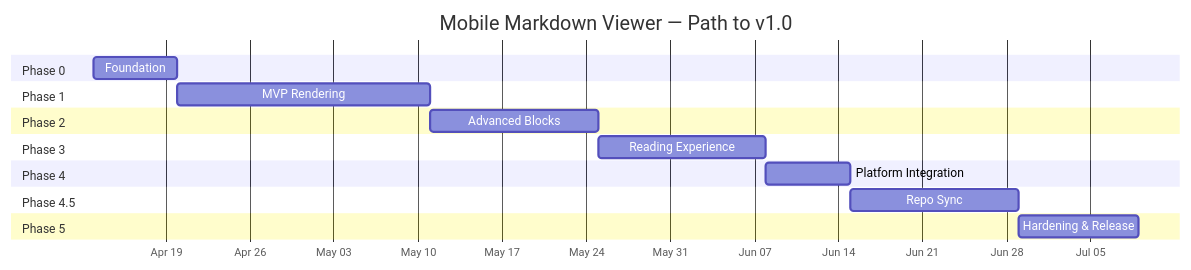
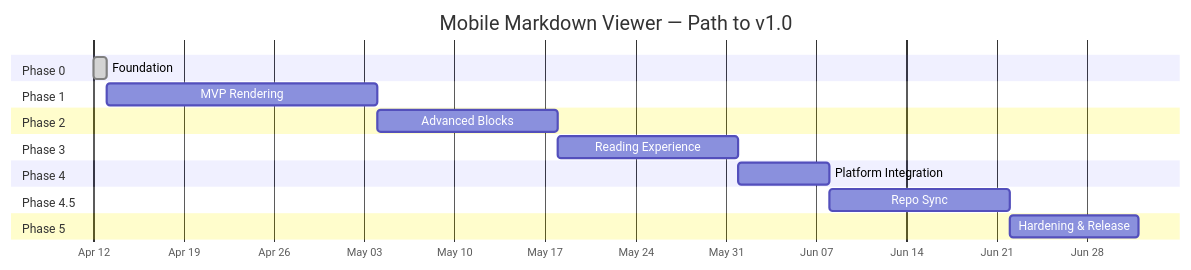
One commit to cemililik/markdown-viewer-mobile changed the diagram in docs/roadmap.md. Above: the diagram before and after it, drawn with Mermaid. The commit also changed 1 other file, not shown here.

Commit message:
docs: clarify pre-commit hook scope and align roadmap Phase 0 with Gantt
Two small doc fixes from the PR review:

- CONTRIBUTING.md: the pre-commit section previously said the hook runs
  "on your staged changes", which glossed over the fact that
  \`flutter analyze\` runs project-wide and can fail because of
  unrelated pre-existing analyzer issues in files the contributor did
  not touch. The new wording calls out which checks are staged-only
  (dart format, ARB parity) versus project-wide (flutter analyze) so
  contributors know not to assume staged-only behaviour.
- docs/roadmap.md: the Phase 0 status line said "Completed 2026-04-12"
  while the Gantt chart started Phase 0 at 2026-04-13. Gantt now
  reflects the same 2026-04-12 start and the phase is marked as done
  so the two representations agree.

````diff
--- a/docs/roadmap.md
+++ b/docs/roadmap.md
@@ -8,27 +8,27 @@
 ```mermaid
 gantt
     title Mobile Markdown Viewer — Path to v1.0
     dateFormat  YYYY-MM-DD
     axisFormat  %b %d
 
     section Phase 0
-    Foundation             :p0, 2026-04-13, 7d
+    Foundation             :done, p0, 2026-04-12, 1d
 
     section Phase 1
     MVP Rendering          :p1, after p0, 21d
 
     section Phase 2
     Advanced Blocks        :p2, after p1, 14d
 
     section Phase 3
     Reading Experience     :p3, after p2, 14d
 
     section Phase 4
     Platform Integration   :p4, after p3, 7d
 
     section Phase 4.5
     Repo Sync              :p45, after p4, 14d
 
     section Phase 5
     Hardening & Release    :p5, after p45, 10d
 ```
````
